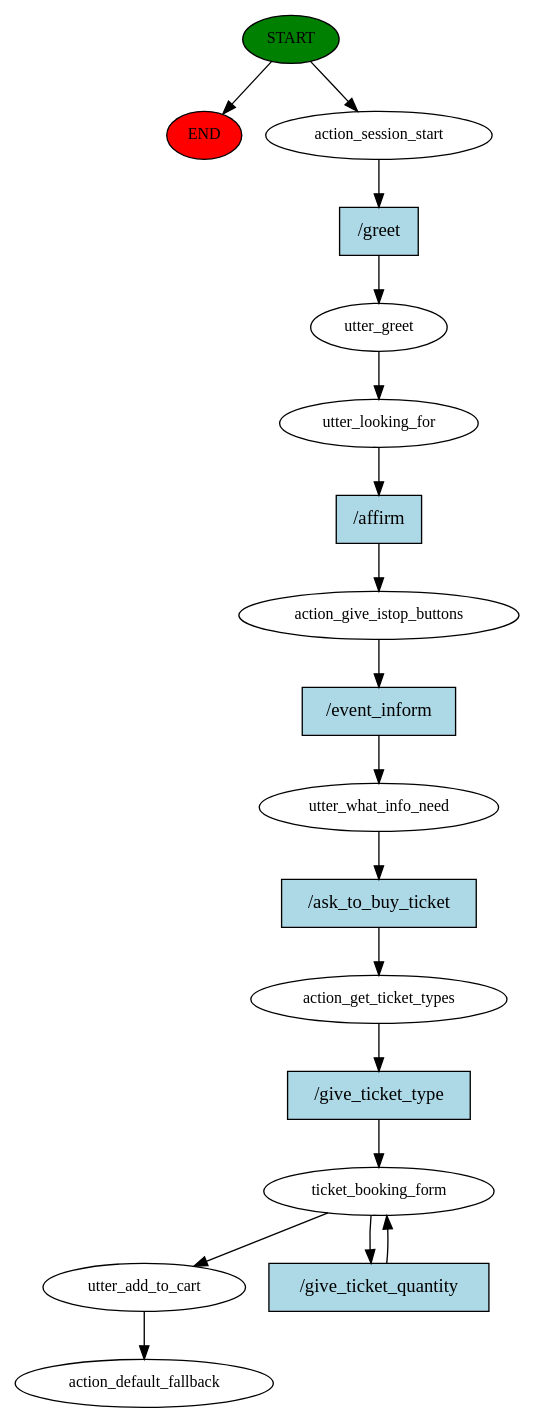
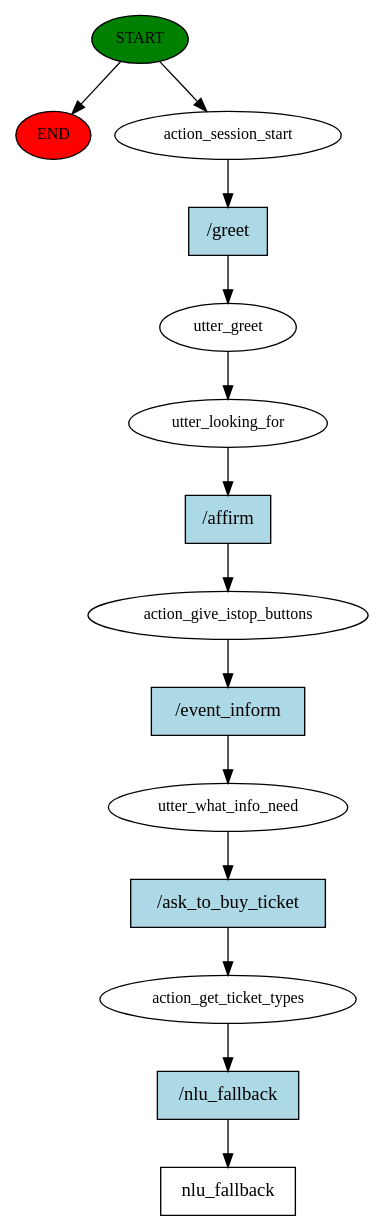
Before and after one commit to EhteshamBahoo/Tic8M8_Bot: the diagram in story_graph.dot, drawn with Graphviz. The commit also changed 12 other files, not shown here.

```diff
--- a/story_graph.dot
+++ b/story_graph.dot
@@ -1,36 +1,29 @@
 digraph  {
 0 [class="start active", fillcolor=green, fontsize=12, label=START, style=filled];
 "-1" [class=end, fillcolor=red, fontsize=12, label=END, style=filled];
 1 [class=active, fontsize=12, label=action_session_start];
 2 [class=active, fontsize=12, label=utter_greet];
 3 [class=active, fontsize=12, label=utter_looking_for];
 4 [class=active, fontsize=12, label=action_give_istop_buttons];
 5 [class=active, fontsize=12, label=utter_what_info_need];
 6 [class=active, fontsize=12, label=action_get_ticket_types];
-7 [class=active, fontsize=12, label=ticket_booking_form];
-9 [class=active, fontsize=12, label=utter_add_to_cart];
-10 [class="dashed active", fontsize=12, label=action_default_fallback];
-11 [class="intent active", fillcolor=lightblue, label="/greet", shape=rect, style=filled];
-12 [class="intent active", fillcolor=lightblue, label="/affirm", shape=rect, style=filled];
-13 [class="intent active", fillcolor=lightblue, label="/event_inform", shape=rect, style=filled];
-14 [class="intent active", fillcolor=lightblue, label="/ask_to_buy_ticket", shape=rect, style=filled];
-15 [class="intent active", fillcolor=lightblue, label="/give_ticket_type", shape=rect, style=filled];
-16 [class="intent active", fillcolor=lightblue, label="/give_ticket_quantity", shape=rect, style=filled];
+7 [class="intent dashed active", label=nlu_fallback, shape=rect];
+8 [class="intent active", fillcolor=lightblue, label="/greet", shape=rect, style=filled];
+9 [class="intent active", fillcolor=lightblue, label="/affirm", shape=rect, style=filled];
+10 [class="intent active", fillcolor=lightblue, label="/event_inform", shape=rect, style=filled];
+11 [class="intent active", fillcolor=lightblue, label="/ask_to_buy_ticket", shape=rect, style=filled];
+12 [class="intent active", fillcolor=lightblue, label="/nlu_fallback", shape=rect, style=filled];
 0 -> "-1"  [class="", key=NONE, label=""];
 0 -> 1  [class=active, key=NONE, label=""];
-1 -> 11  [class=active, key=0];
+1 -> 8  [class=active, key=0];
 2 -> 3  [class=active, key=NONE, label=""];
-3 -> 12  [class=active, key=0];
-4 -> 13  [class=active, key=0];
-5 -> 14  [class=active, key=0];
-6 -> 15  [class=active, key=0];
-7 -> 9  [class=active, key=NONE, label=""];
-7 -> 16  [class=active, key=0];
-9 -> 10  [class=active, key=NONE, label=""];
-11 -> 2  [class=active, key=0];
-12 -> 4  [class=active, key=0];
-13 -> 5  [class=active, key=0];
-14 -> 6  [class=active, key=0];
-15 -> 7  [class=active, key=0];
-16 -> 7  [class=active, key=0];
+3 -> 9  [class=active, key=0];
+4 -> 10  [class=active, key=0];
+5 -> 11  [class=active, key=0];
+6 -> 12  [class=active, key=0];
+8 -> 2  [class=active, key=0];
+9 -> 4  [class=active, key=0];
+10 -> 5  [class=active, key=0];
+11 -> 6  [class=active, key=0];
+12 -> 7  [class=active, key=0];
 }
```
